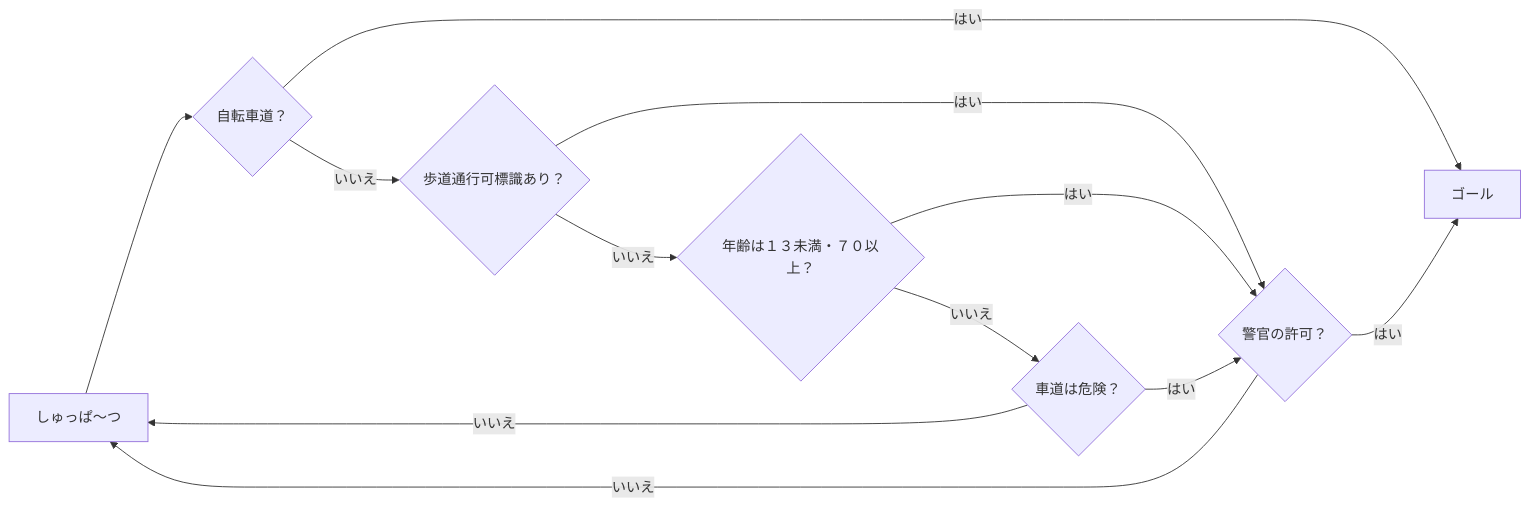
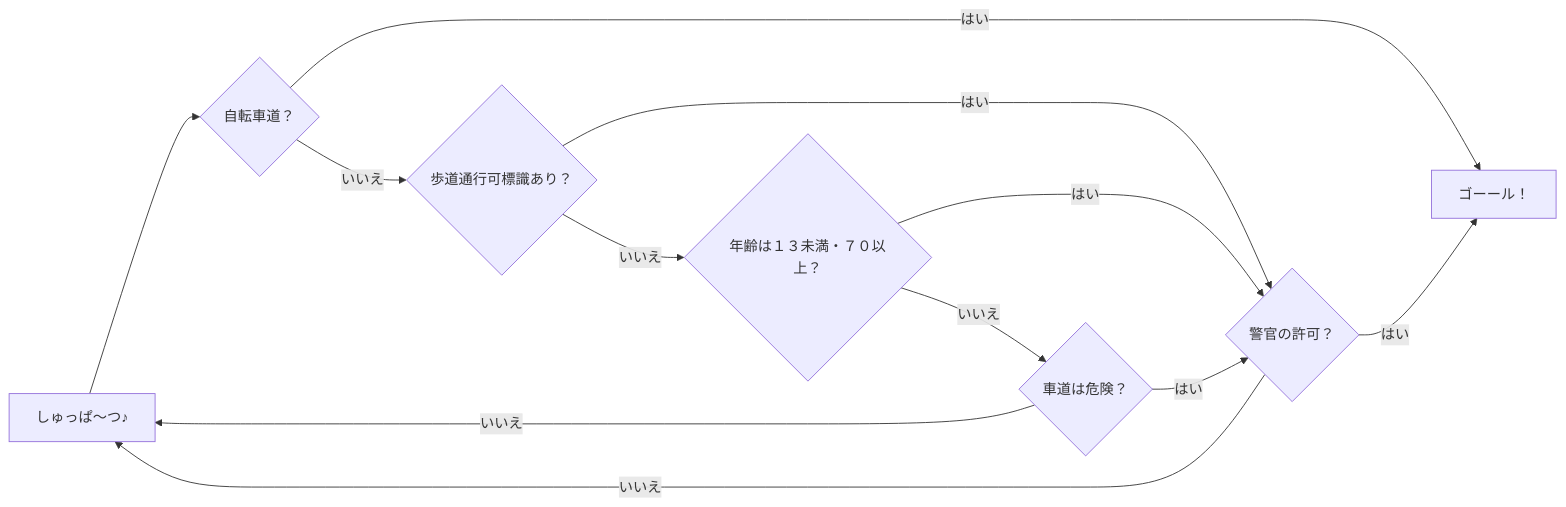
The diagram in bicycles/README.md (kensuke/misc), drawn with Mermaid before and after one commit. The commit also changed other lines of this file, not shown here.

````diff
--- a/bicycles/README.md
+++ b/bicycles/README.md
@@ -142,24 +143,25 @@
 ```mermaid
 flowchart LR
-    S[しゅっぱ～つ] --> C
+    S[しゅっぱ～つ♪] --> C
     C{自転車道？}
     C -->|はい| Gol
     C -->|いいえ| Sig
-    Gol[ゴール]
 
     Sig{歩道通行可標識あり？}
     Sig -->|はい| Pol
     Sig -->|いいえ| Age
 
     Age{年齢は１３未満・７０以上？}
     Age -->|はい| Pol
     Age -->|いいえ| Env
 
     Env{車道は危険？}
     Env -->|はい| Pol
     Env -->|いいえ| S
 
     Pol{警官の許可？}
     Pol -->|はい| Gol
     Pol -->|いいえ| S
+
+    Gol[ゴーール！]
 ```
````
